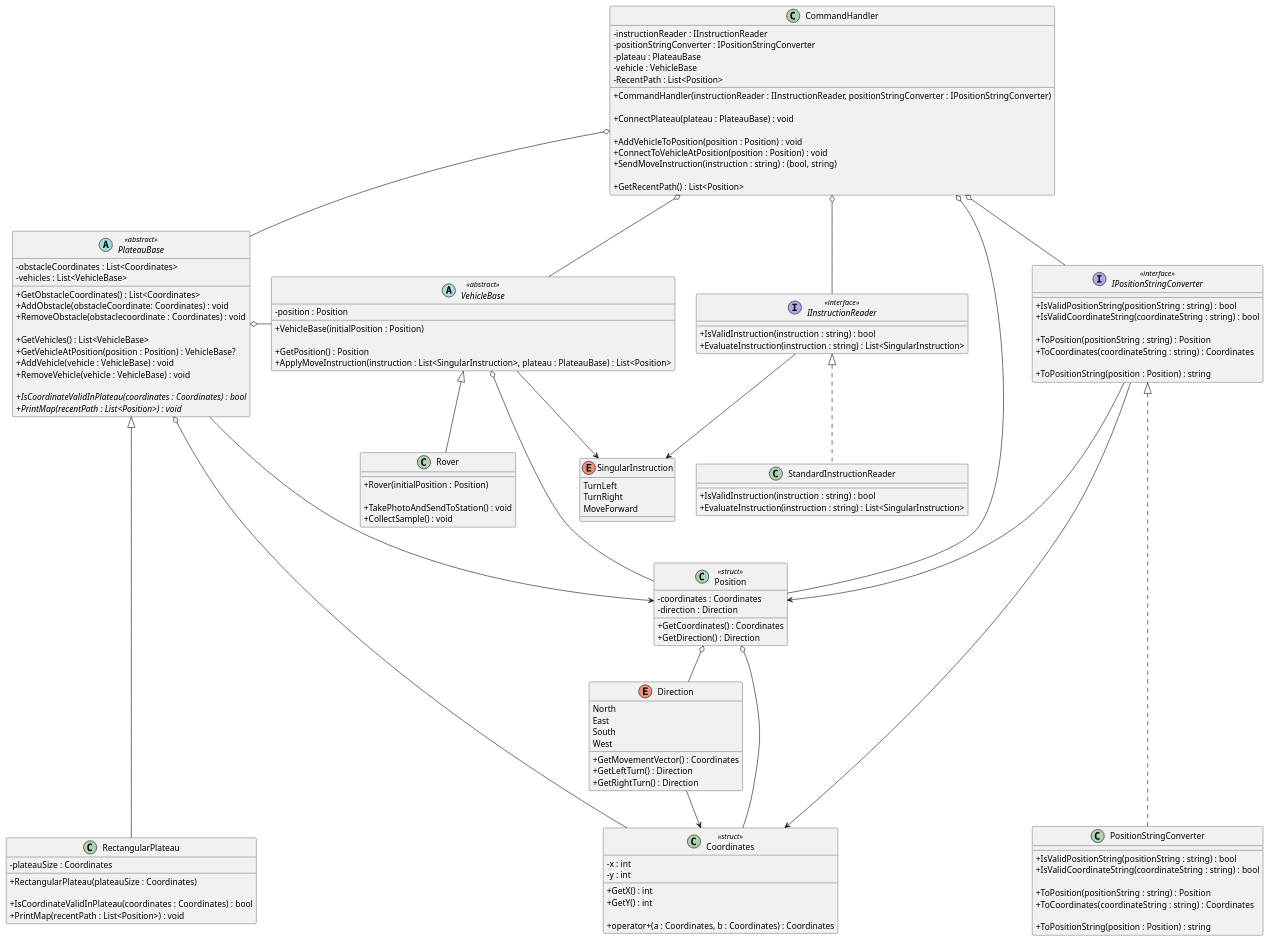
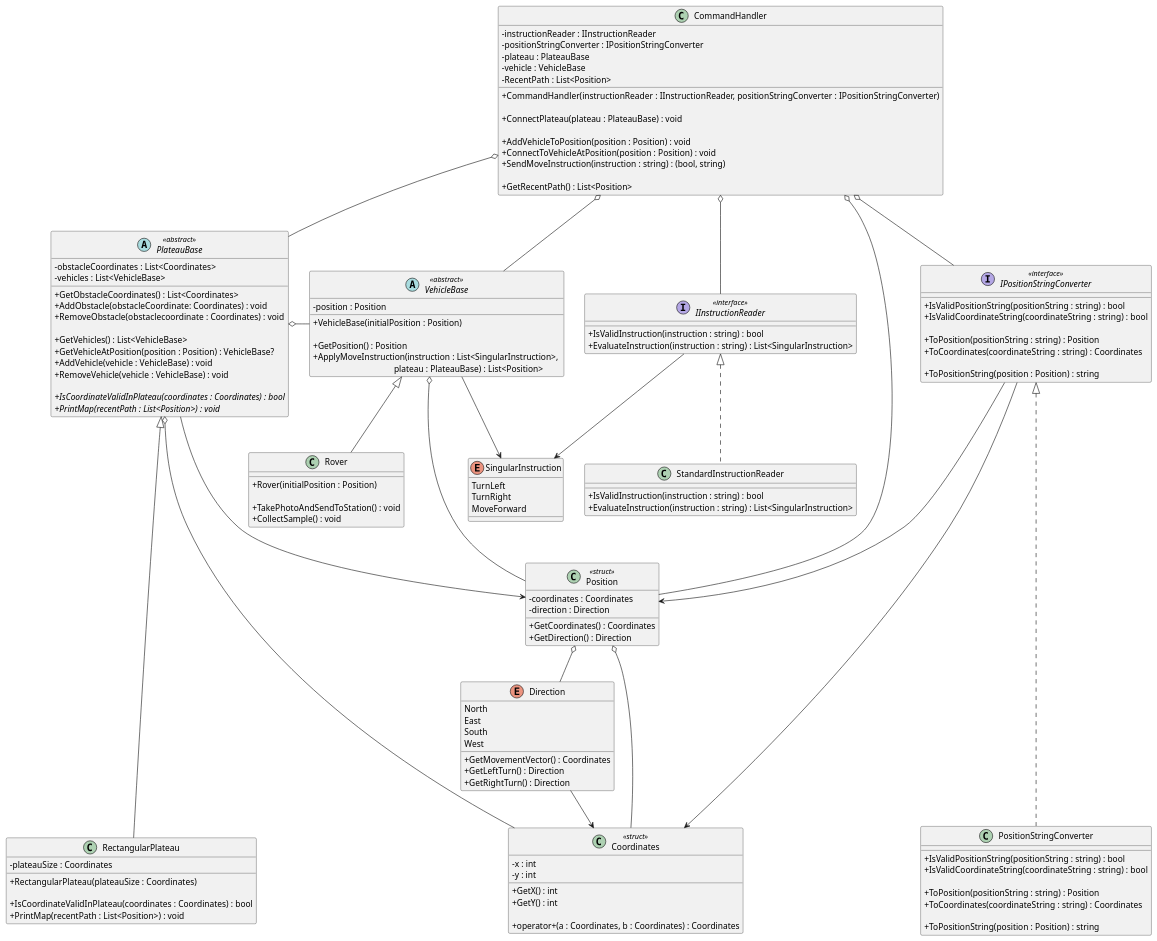
One commit to iamfranco/MarsRoverChallenge changed the diagram in diagrams/MarsRoverChallenge.puml. Above: the diagram before and after it, drawn with PlantUML. The commit also changed 1 other file, not shown here.

Commit message:
UML: use line break on method arguments for better formatting

```diff
--- a/diagrams/MarsRoverChallenge.puml
+++ b/diagrams/MarsRoverChallenge.puml
@@ -1,169 +1,170 @@
 @startuml "Mars Rover Challenge"
 skinparam classAttributeIconSize 0
 
 class CommandHandler
 {
   - instructionReader : IInstructionReader
   - positionStringConverter : IPositionStringConverter
   - plateau : PlateauBase
   - vehicle : VehicleBase
   - RecentPath : List<Position>
 
   + CommandHandler(instructionReader : IInstructionReader, positionStringConverter : IPositionStringConverter)
   
   + ConnectPlateau(plateau : PlateauBase) : void
 
   + AddVehicleToPosition(position : Position) : void
   + ConnectToVehicleAtPosition(position : Position) : void
   + SendMoveInstruction(instruction : string) : (bool, string)
 
   + GetRecentPath() : List<Position>
 }
 
 interface IInstructionReader <<interface>>
 {
   + IsValidInstruction(instruction : string) : bool
   + EvaluateInstruction(instruction : string) : List<SingularInstruction>
 }
 
 enum SingularInstruction
 {
   TurnLeft
   TurnRight
   MoveForward
 }
 
 class StandardInstructionReader
 {
   + IsValidInstruction(instruction : string) : bool
   + EvaluateInstruction(instruction : string) : List<SingularInstruction>
 }
 
 abstract PlateauBase <<abstract>>
 {
   - obstacleCoordinates : List<Coordinates>
   - vehicles : List<VehicleBase>
 
   + GetObstacleCoordinates() : List<Coordinates>
   + AddObstacle(obstacleCoordinate: Coordinates) : void
   + RemoveObstacle(obstaclecoordinate : Coordinates) : void
 
   + GetVehicles() : List<VehicleBase>
   + GetVehicleAtPosition(position : Position) : VehicleBase?
   + AddVehicle(vehicle : VehicleBase) : void
   + RemoveVehicle(vehicle : VehicleBase) : void
 
   {abstract} + IsCoordinateValidInPlateau(coordinates : Coordinates) : bool
   {abstract} + PrintMap(recentPath : List<Position>) : void
 }
 
 class RectangularPlateau
 {
   - plateauSize : Coordinates
 
   + RectangularPlateau(plateauSize : Coordinates)
 
   + IsCoordinateValidInPlateau(coordinates : Coordinates) : bool
   + PrintMap(recentPath : List<Position>) : void
 }
 
 class Coordinates <<struct>>
 {
   - x : int
   - y : int
 
   + GetX() : int
   + GetY() : int
 
   + operator+(a : Coordinates, b : Coordinates) : Coordinates
 }
 
 enum Direction
 {
   North
   East
   South
   West
 
   + GetMovementVector() : Coordinates
   + GetLeftTurn() : Direction
   + GetRightTurn() : Direction
 }
 
 interface IPositionStringConverter <<interface>>
 {
   + IsValidPositionString(positionString : string) : bool
   + IsValidCoordinateString(coordinateString : string) : bool
 
   + ToPosition(positionString : string) : Position
   + ToCoordinates(coordinateString : string) : Coordinates
 
   + ToPositionString(position : Position) : string
 }
 
 class Position <<struct>>
 {
   - coordinates : Coordinates
   - direction : Direction
 
   + GetCoordinates() : Coordinates
   + GetDirection() : Direction
 }
 
 class PositionStringConverter
 {
   + IsValidPositionString(positionString : string) : bool
   + IsValidCoordinateString(coordinateString : string) : bool
 
   + ToPosition(positionString : string) : Position
   + ToCoordinates(coordinateString : string) : Coordinates
 
   + ToPositionString(position : Position) : string
 }
 
 class Rover
 {
   + Rover(initialPosition : Position)
 
   + TakePhotoAndSendToStation() : void
   + CollectSample() : void
 }
 
 abstract VehicleBase <<abstract>>
 {
   - position : Position
 
   + VehicleBase(initialPosition : Position)
 
   + GetPosition() : Position
-  + ApplyMoveInstruction(instruction : List<SingularInstruction>, plateau : PlateauBase) : List<Position>
+  + ApplyMoveInstruction(instruction : List<SingularInstruction>, \n\
+                                     plateau : PlateauBase) : List<Position>
 }
 
 CommandHandler o-- IInstructionReader
 CommandHandler o-- IPositionStringConverter
 CommandHandler o-- PlateauBase
 CommandHandler o-- VehicleBase
 CommandHandler o---- Position
 
 IInstructionReader --> SingularInstruction
 IInstructionReader <|.. StandardInstructionReader 
 
 VehicleBase <|-- Rover
 VehicleBase --> SingularInstruction
 VehicleBase o--- Position
 
 IPositionStringConverter <|..... PositionStringConverter
 IPositionStringConverter ---> Position
 IPositionStringConverter ---> Coordinates
 
 PlateauBase <|----- RectangularPlateau
 PlateauBase --> Position
 PlateauBase o-- Coordinates
 PlateauBase o- VehicleBase
 
 Direction --> Coordinates 
 
 Position o-- Direction
 Position o-- Coordinates
 
 @enduml
```
